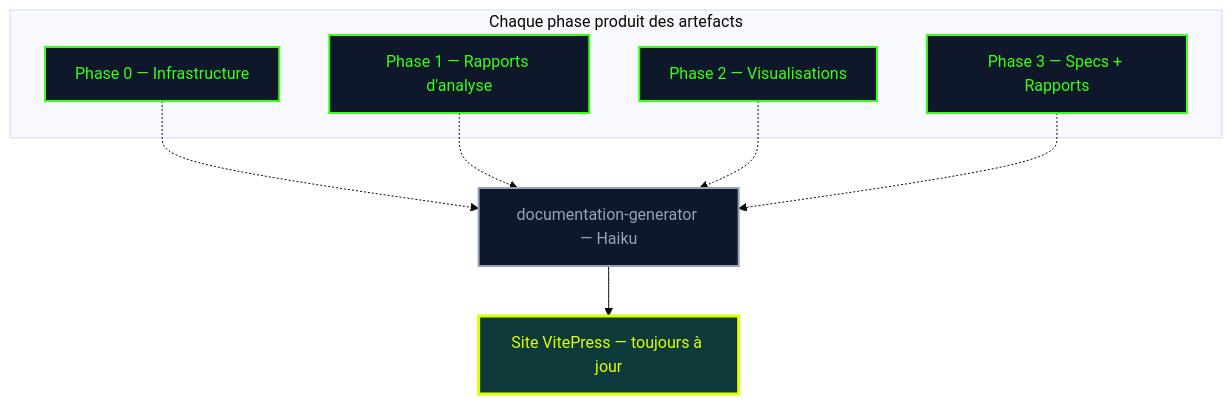
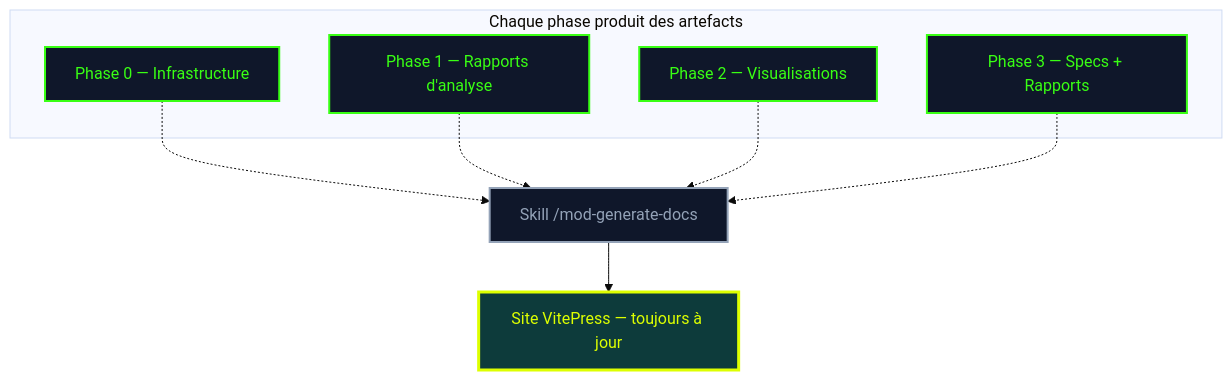
One commit to fondative/claude-code-ecosystem changed diagram 14 of 15 in docs/guide/methodology.md. Above: the diagram before and after it, drawn with Mermaid (base theme). The commit also changed other lines of this file and 260 other files, not shown here.

````diff
--- a/docs/guide/methodology.md
+++ b/docs/guide/methodology.md
@@ -574,26 +604,26 @@
 ```mermaid
 graph TB
     subgraph PHASES["Chaque phase produit des artefacts"]
         P0["Phase 0 — Infrastructure"]
         P1["Phase 1 — Rapports d'analyse"]
         P2["Phase 2 — Visualisations"]
         P3["Phase 3 — Specs + Rapports"]
     end
 
-    D["documentation-generator — Haiku"]
+    D["Skill /mod-generate-docs"]
     V["Site VitePress — toujours à jour"]
 
     P0 -.-> D
     P1 -.-> D
     P2 -.-> D
     P3 -.-> D
     D --> V
 
     classDef phase fill:#0f172a,stroke:#39ff14,stroke-width:2px,color:#39ff14
     classDef haiku fill:#0f172a,stroke:#94a3b8,stroke-width:2px,color:#94a3b8
     classDef output fill:#0d3b3b,stroke:#ddff00,stroke-width:3px,color:#ddff00
 
     class P0,P1,P2,P3 phase
     class D haiku
     class V output
 ```
````
